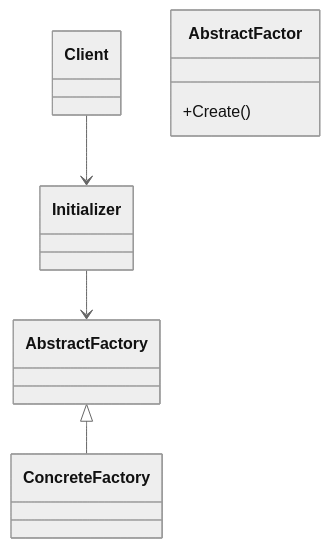
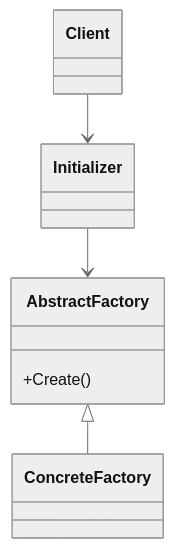
The diagram in README.md (wbratz/generic-factory), drawn with Mermaid (neutral theme) before and after one commit.

````diff
--- a/README.md
+++ b/README.md
@@ -4,8 +4,8 @@
 ```mermaid
 classDiagram
     Client --> Initializer
     Initializer --> AbstractFactory
     AbstractFactory <|-- ConcreteFactory
     
-    AbstractFactor : +Create()
+    AbstractFactory : +Create()
 ```
````
